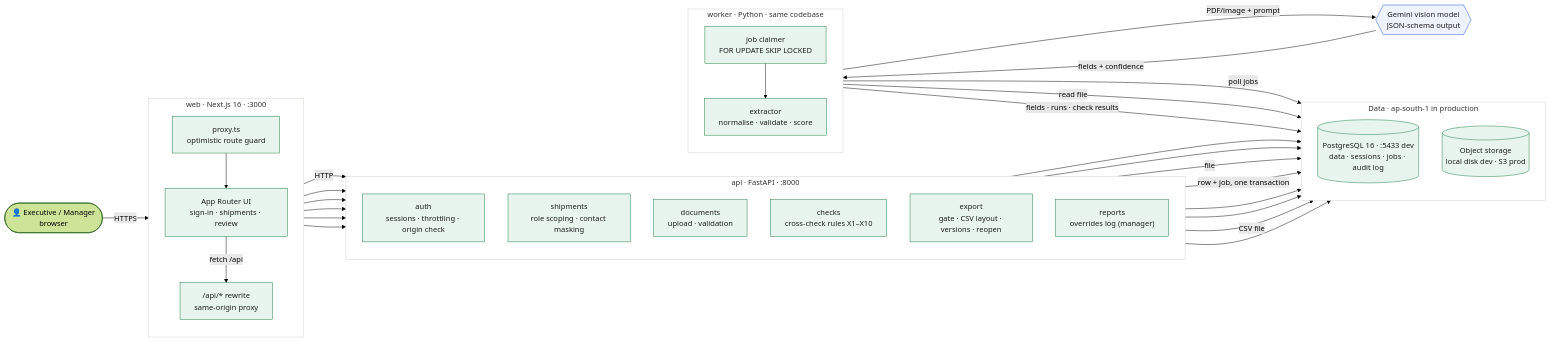
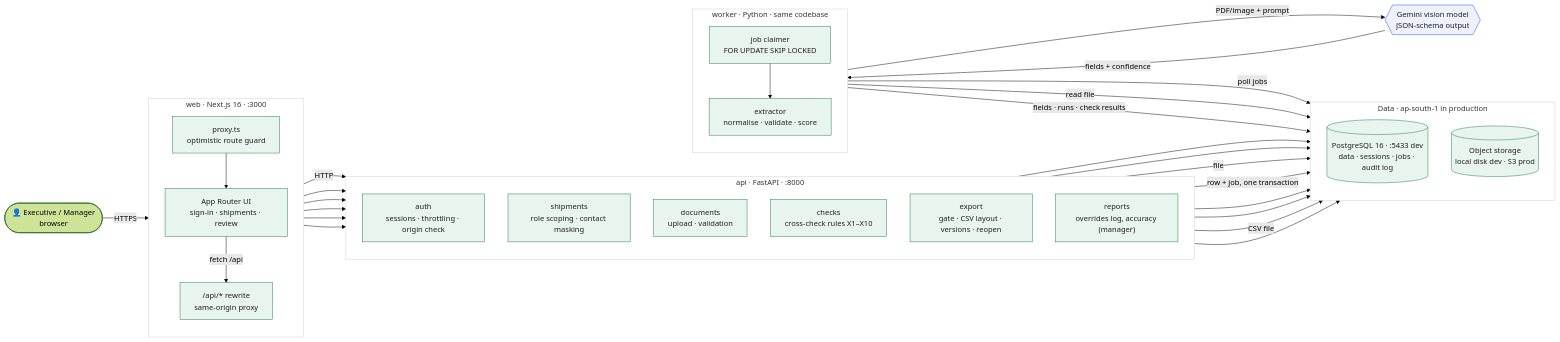
One commit to priyanshu14077/veridoc changed the first of 5 diagrams in README.md. Above: the diagram before and after it, drawn with Mermaid (forest theme). The commit also changed other lines of this file and 1 other file, not shown here.

Commit message:
docs: accuracy report design, screen and assumptions A29–A31; build status

````diff
--- a/README.md
+++ b/README.md
@@ -39,69 +40,69 @@
 ```mermaid
 flowchart LR
     user(["👤 Executive / Manager<br/>browser"])
 
     subgraph WEB["web · Next.js 16 · :3000"]
         direction TB
         proxy["proxy.ts<br/>optimistic route guard"]
         ui["App Router UI<br/>sign-in · shipments · review"]
         rewrite["/api/* rewrite<br/>same-origin proxy"]
     end
 
     subgraph API["api · FastAPI · :8000"]
         direction TB
         auth["auth<br/>sessions · throttling · origin check"]
         ships["shipments<br/>role scoping · contact masking"]
         docs["documents<br/>upload · validation"]
         checks["checks<br/>cross-check rules X1–X10"]
         export["export<br/>gate · CSV layout · versions · reopen"]
-        reports["reports<br/>overrides log (manager)"]
+        reports["reports<br/>overrides log, accuracy (manager)"]
     end
 
     subgraph WORKER["worker · Python · same codebase"]
         direction TB
         claim["job claimer<br/>FOR UPDATE SKIP LOCKED"]
         extract["extractor<br/>normalise · validate · score"]
     end
 
     subgraph DATA["Data · ap-south-1 in production"]
         direction TB
         pg[("PostgreSQL 16 · :5433 dev<br/>data · sessions · jobs · audit log")]
         store[("Object storage<br/>local disk dev · S3 prod")]
     end
 
     gemini{{"Gemini vision model<br/>JSON-schema output"}}
 
     user -->|HTTPS| proxy --> ui
     ui -->|fetch /api| rewrite -->|HTTP| auth
     rewrite --> ships
     rewrite --> docs
     rewrite --> checks
     rewrite --> export
     rewrite --> reports
 
     auth --> pg
     ships --> pg
     docs -->|file| store
     docs -->|row + job, one transaction| pg
     checks --> pg
     export --> pg
     export -->|CSV file| store
     reports --> pg
 
     claim -->|poll jobs| pg
     claim --> extract
     extract -->|read file| store
     extract -->|PDF/image + prompt| gemini
     gemini -->|fields + confidence| extract
     extract -->|fields · runs · check results| pg
 
     classDef built fill:#e8f5ee,stroke:#1d7a46,color:#1c1d1f
     classDef planned fill:#fbfbfa,stroke:#a35f00,stroke-dasharray:5 4,color:#4a4c50
     classDef ext fill:#eef2fd,stroke:#1f4fd1,color:#1c1d1f
     class proxy,ui,rewrite,auth,ships,docs,checks,export,reports,claim,extract,pg,store built
     class gemini ext
     style WEB fill:#ffffff,stroke:#d3d1cb
     style API fill:#ffffff,stroke:#d3d1cb
     style WORKER fill:#ffffff,stroke:#d3d1cb
     style DATA fill:#ffffff,stroke:#d3d1cb
 ```
````
